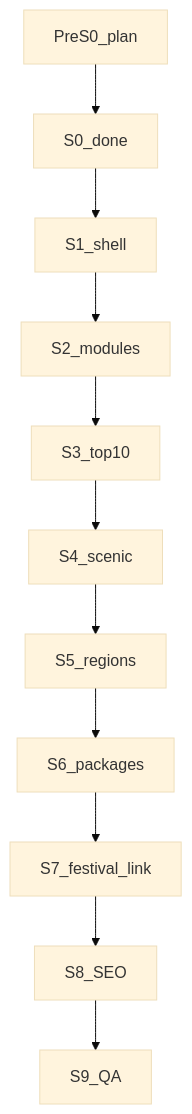
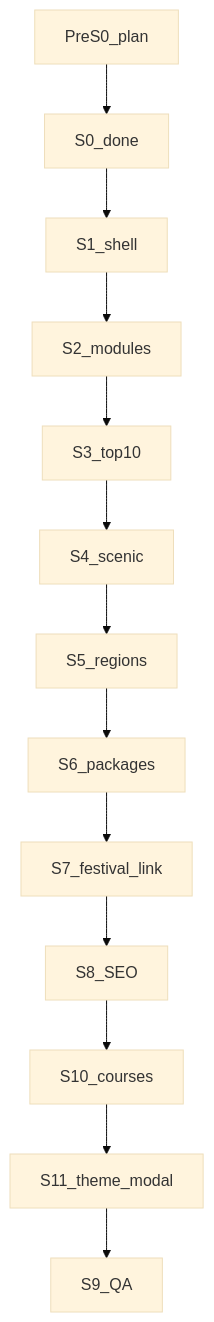
The first of 2 diagrams in plans/korea-theme-travel-plan.md (catgeot/Days), drawn with Mermaid (base theme) before and after one commit. The commit also changed other lines of this file and 2 other files, not shown here.

````diff
--- a/plans/korea-theme-travel-plan.md
+++ b/plans/korea-theme-travel-plan.md
@@ -67,13 +70,15 @@
 ```mermaid
 flowchart TD
   pre[PreS0_plan] --> S0[S0_done]
   S0 --> S1[S1_shell]
   S1 --> S2[S2_modules]
   S2 --> S3[S3_top10]
   S3 --> S4[S4_scenic]
   S4 --> S5[S5_regions]
   S5 --> S6[S6_packages]
   S6 --> S7[S7_festival_link]
   S7 --> S8[S8_SEO]
-  S8 --> S9[S9_QA]
+  S8 --> S10[S10_courses]
+  S10 --> S11[S11_theme_modal]
+  S11 --> S9[S9_QA]
 ```
````
